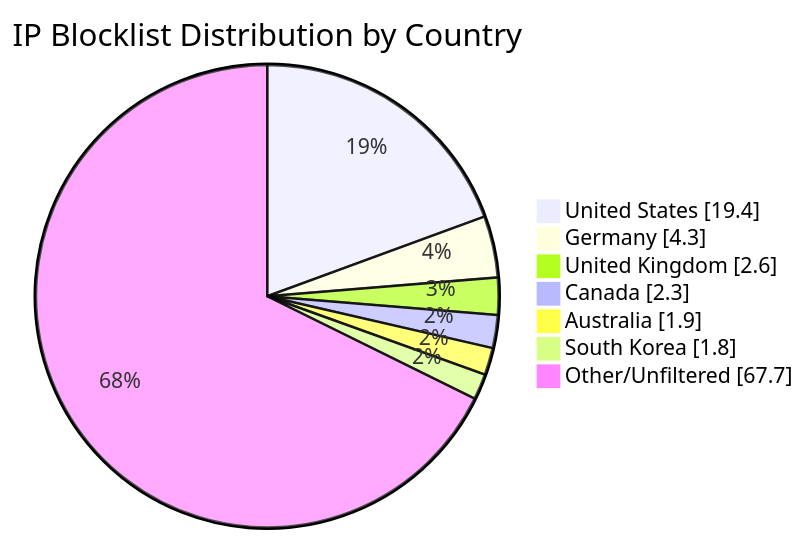
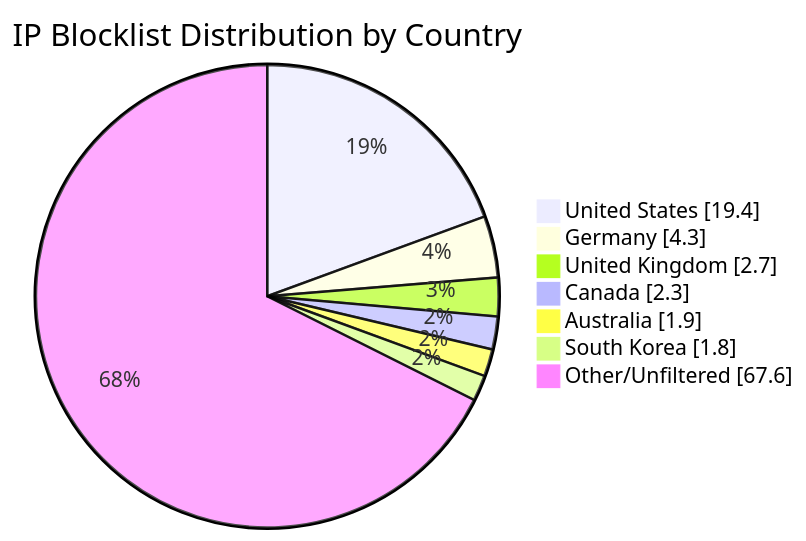
One commit to MarcusHoltz/ipblocklist-geofiltered-aggregator changed the diagram in README.md. Above: the diagram before and after it, drawn with Mermaid. The commit also changed other lines of this file and 9 other files, not shown here.

````diff
--- a/README.md
+++ b/README.md
@@ -34,10 +34,10 @@
 ```mermaid
 pie showData title IP Blocklist Distribution by Country
 "United States" : 19.4
 "Germany" : 4.3
-"United Kingdom" : 2.6
+"United Kingdom" : 2.7
 "Canada" : 2.3
 "Australia" : 1.9
 "South Korea" : 1.8
-"Other/Unfiltered" : 67.7
+"Other/Unfiltered" : 67.6
 ```
````
